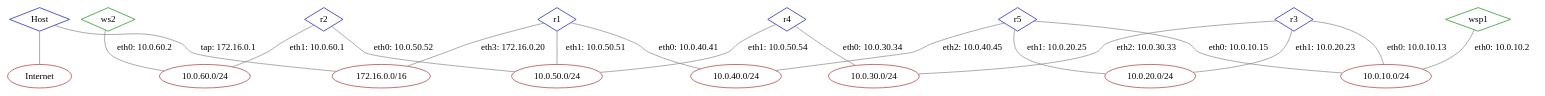
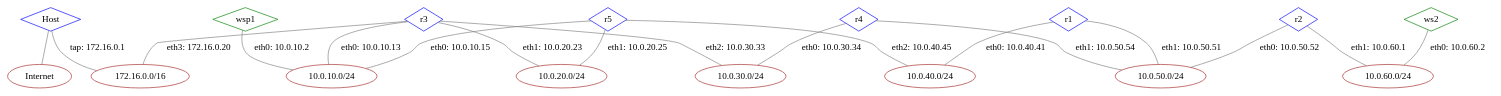
Before and after one commit to grebenyukaa/net_labs: the diagram in lab-rip/report/graphs/network.gv, drawn with Graphviz. The commit also changed 50 other files, not shown here.

```diff
--- a/lab-rip/report/graphs/network.gv
+++ b/lab-rip/report/graphs/network.gv
@@ -1,47 +1,47 @@
 graph G {
 edge [len=1.5];
-node [shape=diamond, color="green4"];
-Host [color="blue3"];
-r1 [color="blue3"];
-r2 [color="blue3"];
-r3 [color="blue3"];
-r4 [color="blue3"];
-r5 [color="blue3"];
+node [shape=diamond, color="green"];
+Host [color="blue"];
+r1 [color="blue"];
+r2 [color="blue"];
+r3 [color="blue"];
+r4 [color="blue"];
+r5 [color="blue"];
 ws2;
 wsp1;
 node [shape=ellipse, color="brown"];
 lan50 [label="10.0.50.0/24"];
 lan30 [label="10.0.30.0/24"];
 lan40 [label="10.0.40.0/24"];
 lan20 [label="10.0.20.0/24"];
 lan10 [label="10.0.10.0/24"];
 lan10 [label="10.0.10.0/24"];
-tap [label="172.16.0.0/16"];
 lan50 [label="10.0.50.0/24"];
 lan40 [label="10.0.40.0/24"];
 lan60 [label="10.0.60.0/24"];
 lan50 [label="10.0.50.0/24"];
+tap [label="172.16.0.0/16"];
 lan30 [label="10.0.30.0/24"];
 lan20 [label="10.0.20.0/24"];
 lan10 [label="10.0.10.0/24"];
 Internet [label="Internet"];
 tap [label="172.16.0.0/16"];
 lan60 [label="10.0.60.0/24"];
 Host -- Internet [color="gray"];
 Host -- tap [label="tap: 172.16.0.1", color="gray"];
-r1 -- tap [label="eth3: 172.16.0.20", color="gray"];
 r1 -- lan50 [label="eth1: 10.0.50.51", color="gray"];
 r1 -- lan40 [label="eth0: 10.0.40.41", color="gray"];
 r2 -- lan60 [label="eth1: 10.0.60.1", color="gray"];
 r2 -- lan50 [label="eth0: 10.0.50.52", color="gray"];
+r3 -- tap [label="eth3: 172.16.0.20", color="gray"];
 r3 -- lan30 [label="eth2: 10.0.30.33", color="gray"];
 r3 -- lan20 [label="eth1: 10.0.20.23", color="gray"];
 r3 -- lan10 [label="eth0: 10.0.10.13", color="gray"];
 r4 -- lan50 [label="eth1: 10.0.50.54", color="gray"];
 r4 -- lan30 [label="eth0: 10.0.30.34", color="gray"];
 r5 -- lan40 [label="eth2: 10.0.40.45", color="gray"];
 r5 -- lan20 [label="eth1: 10.0.20.25", color="gray"];
 r5 -- lan10 [label="eth0: 10.0.10.15", color="gray"];
 ws2 -- lan60 [label="eth0: 10.0.60.2", color="gray"];
 wsp1 -- lan10 [label="eth0: 10.0.10.2", color="gray"];
 }
```
